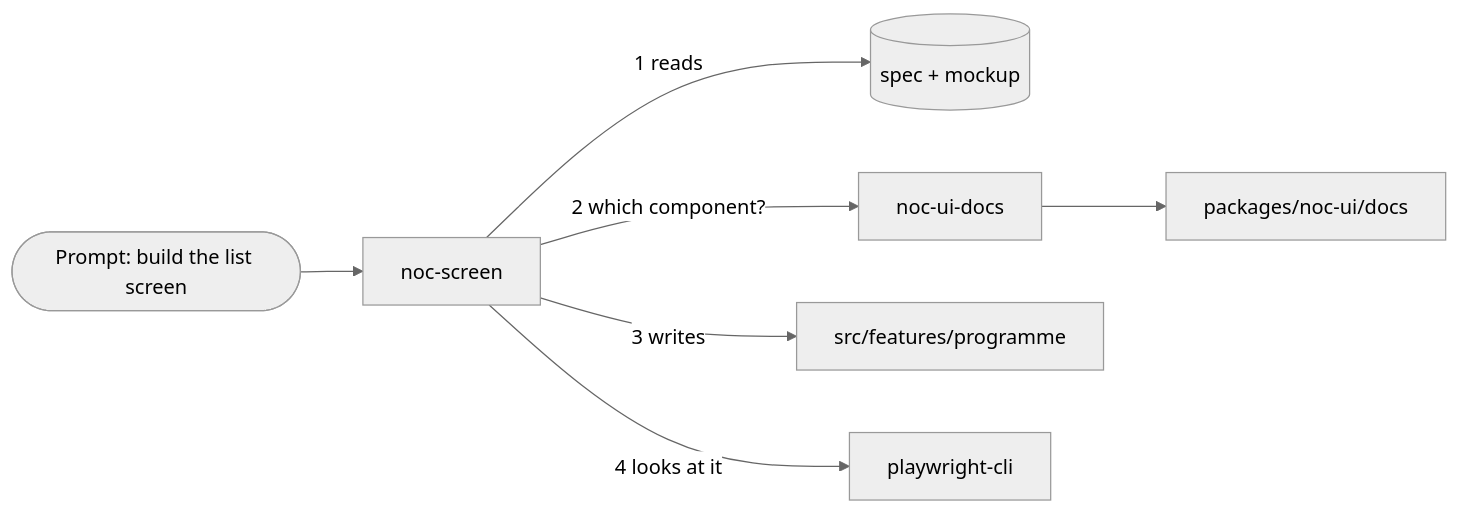
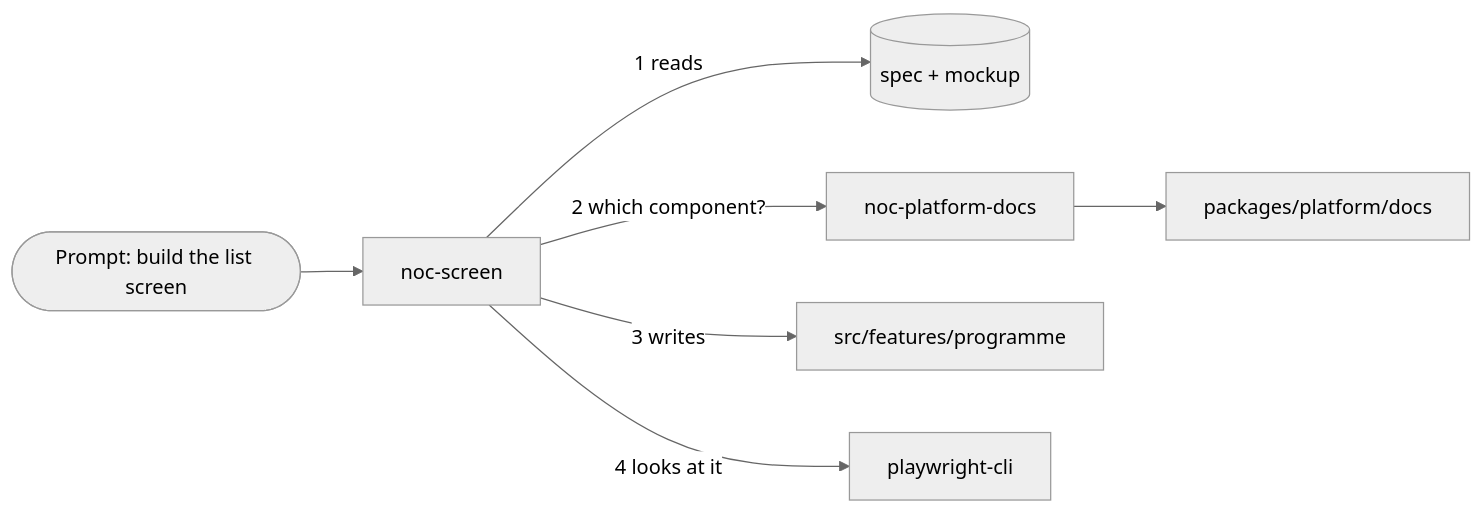
The first of 2 diagrams in workshop/01-platform-and-skills.md (Donorlin/noc-workshop), drawn with Mermaid (neutral theme) before and after one commit. The commit also changed other lines of this file and 115 other files, not shown here.

Commit message:
refactor: rename @donorlin/noc-ui to @noc/platform (packages/platform, noc-platform-docs skill, platform-docs site)

````diff
--- a/workshop/01-platform-and-skills.md
+++ b/workshop/01-platform-and-skills.md
@@ -99,9 +99,9 @@
 ```mermaid
 flowchart LR
     P([Prompt: build the list screen]) --> S[noc-screen]
     S -->|1 reads| D[(spec + mockup)]
-    S -->|2 which component?| U[noc-ui-docs]
-    U --> L[packages/noc-ui/docs]
+    S -->|2 which component?| U[noc-platform-docs]
+    U --> L[packages/platform/docs]
     S -->|3 writes| C[src/features/programme]
     S -->|4 looks at it| W[playwright-cli]
 ```
````
